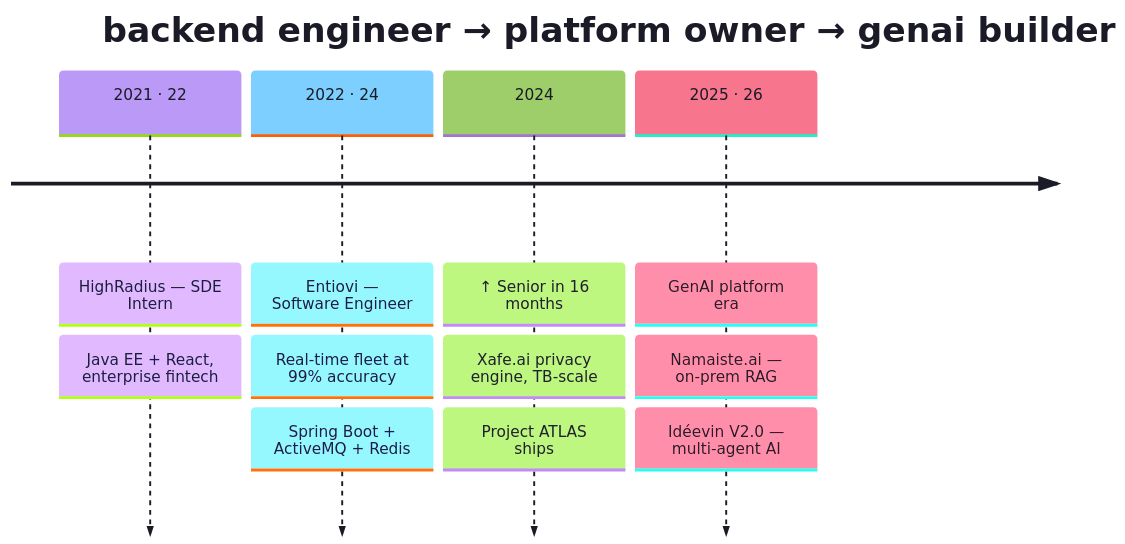
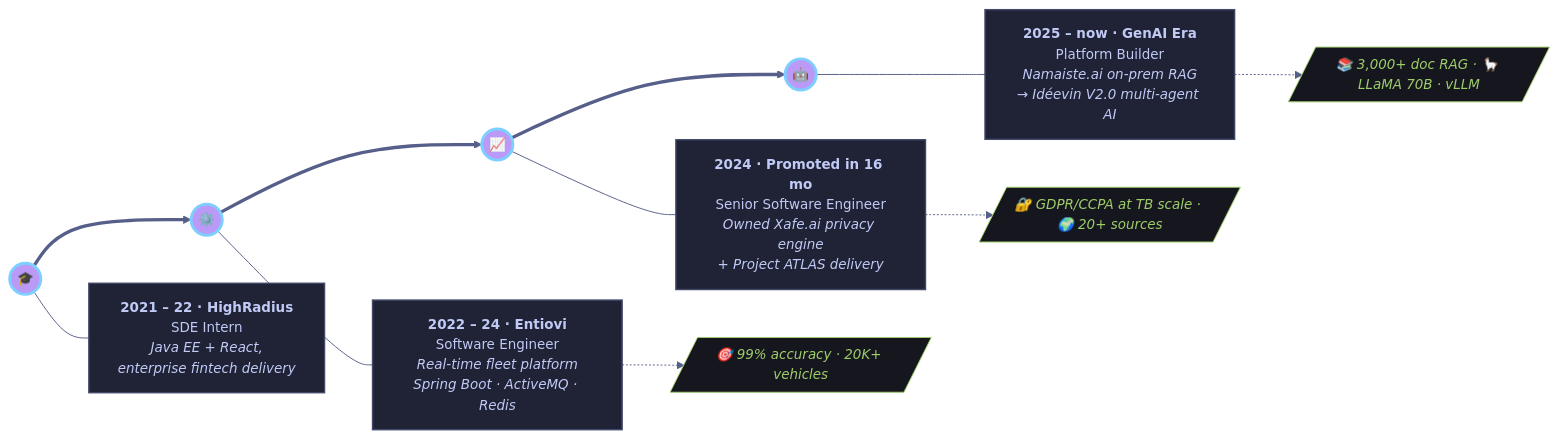
Before and after one commit to rohan1769/rohan1769: the diagram in README.md, drawn with Mermaid. The commit also changed other lines of this file, not shown here.

````diff
--- a/README.md
+++ b/README.md
@@ -169,11 +235,25 @@
 ```mermaid
 %%{init: {'theme':'base','themeVariables':{
-  'cScale0':'#bb9af7','cScale1':'#7dcfff','cScale2':'#9ece6a','cScale3':'#f7768e',
-  'primaryTextColor':'#1a1b26','fontFamily':'Fira Code'}}}%%
-timeline
-    title backend engineer → platform owner → genai builder
-    2021 · 22 : HighRadius — SDE Intern : Java EE + React, enterprise fintech
-    2022 · 24 : Entiovi — Software Engineer : Real-time fleet at 99% accuracy : Spring Boot + ActiveMQ + Redis
-    2024 : ↑ Senior in 16 months : Xafe.ai privacy engine, TB-scale : Project ATLAS ships
-    2025 · 26 : GenAI platform era : Namaiste.ai — on-prem RAG : Idéevin V2.0 — multi-agent AI
+  'primaryColor':'#1f2335','primaryTextColor':'#c0caf5','primaryBorderColor':'#bb9af7',
+  'lineColor':'#565f89','fontFamily':'Fira Code','fontSize':'14px',
+  'clusterBkg':'#16161e','clusterBorder':'#414868'}}}%%
+flowchart LR
+    S1(("🎓")) ==> S2(("⚙️")) ==> S3(("📈")) ==> S4(("🤖"))
+
+    S1 --- N1["<b>2021 – 22 · HighRadius</b><br/>SDE Intern<br/><i>Java EE + React,<br/>enterprise fintech delivery</i>"]
+    S2 --- N2["<b>2022 – 24 · Entiovi</b><br/>Software Engineer<br/><i>Real-time fleet platform<br/>Spring Boot · ActiveMQ · Redis</i>"]
+    S3 --- N3["<b>2024 · Promoted in 16 mo</b><br/>Senior Software Engineer<br/><i>Owned Xafe.ai privacy engine<br/>+ Project ATLAS delivery</i>"]
+    S4 --- N4["<b>2025 – now · GenAI Era</b><br/>Platform Builder<br/><i>Namaiste.ai on-prem RAG<br/>→ Idéevin V2.0 multi-agent AI</i>"]
+
+    N2 -.-> A2[/"🎯 99% accuracy · 20K+ vehicles"/]
+    N3 -.-> A3[/"🔐 GDPR/CCPA at TB scale · 🌍 20+ sources"/]
+    N4 -.-> A4[/"📚 3,000+ doc RAG · 🦙 LLaMA 70B · vLLM"/]
+
+    classDef stop fill:#bb9af7,stroke:#7dcfff,stroke-width:3px,color:#1a1b26,font-weight:bold
+    classDef card fill:#1f2335,stroke:#414868,stroke-width:1.5px,color:#c0caf5
+    classDef win fill:#16161e,stroke:#9ece6a,stroke-width:1px,color:#9ece6a,font-style:italic
+
+    class S1,S2,S3,S4 stop
+    class N1,N2,N3,N4 card
+    class A2,A3,A4 win
 ```
````
